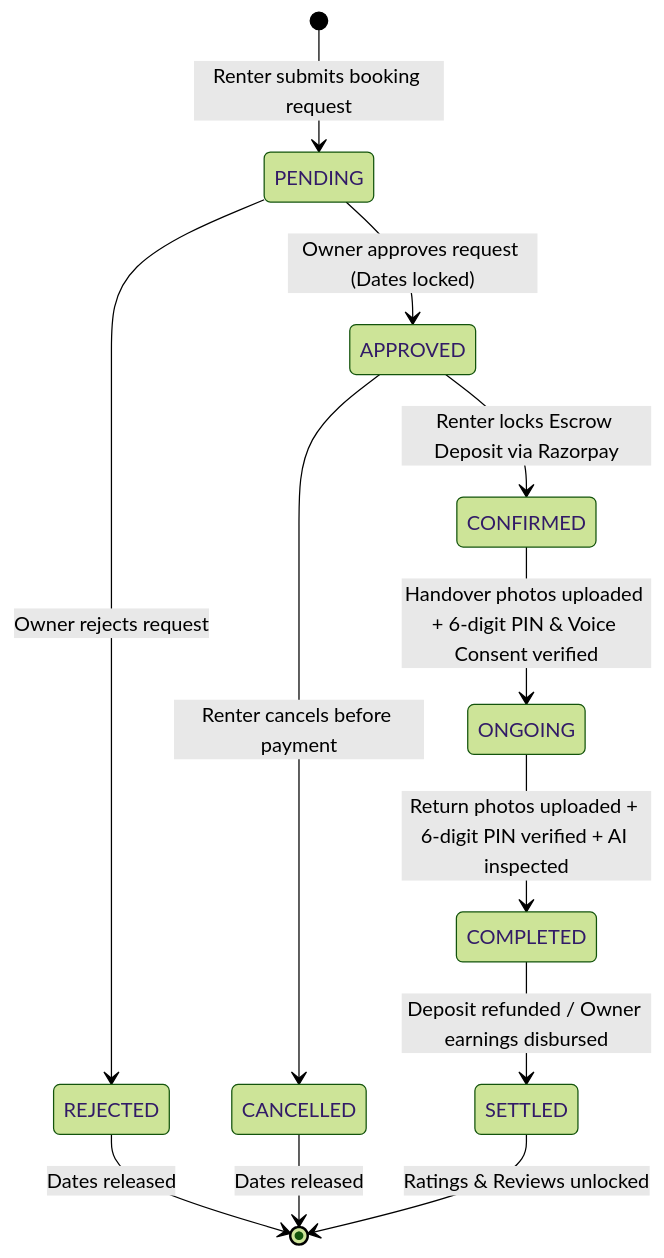
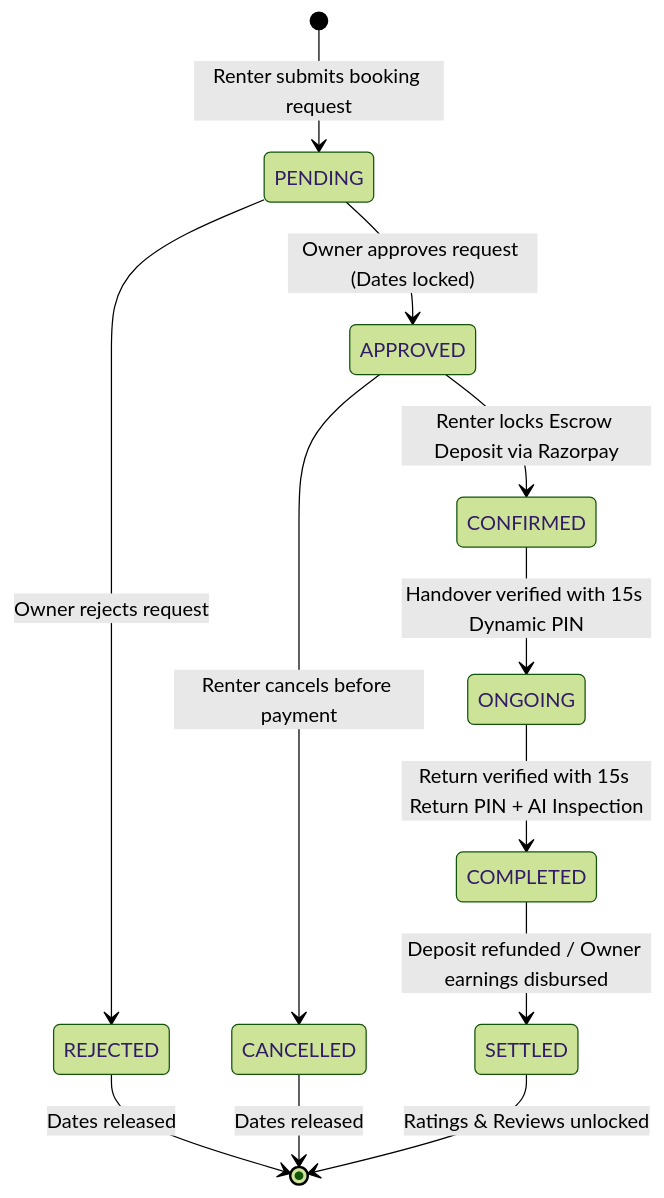
Before and after one commit to priyanshuraj20/Rentora: the sixth of 6 diagrams in ReadMe.md, drawn with Mermaid (forest theme). The commit also changed other lines of this file and 55 other files, not shown here.

````diff
--- a/ReadMe.md
+++ b/ReadMe.md
@@ -289,14 +212,14 @@
 ```mermaid
 stateDiagram-v2
     [*] --> PENDING: Renter submits booking request
     PENDING --> REJECTED: Owner rejects request
     PENDING --> APPROVED: Owner approves request (Dates locked)
     APPROVED --> CANCELLED: Renter cancels before payment
     APPROVED --> CONFIRMED: Renter locks Escrow Deposit via Razorpay
-    CONFIRMED --> ONGOING: Handover photos uploaded + 6-digit PIN & Voice Consent verified
-    ONGOING --> COMPLETED: Return photos uploaded + 6-digit PIN verified + AI inspected
+    CONFIRMED --> ONGOING: Handover verified with 15s Dynamic PIN
+    ONGOING --> COMPLETED: Return verified with 15s Return PIN + AI Inspection
     COMPLETED --> SETTLED: Deposit refunded / Owner earnings disbursed
     SETTLED --> [*]: Ratings & Reviews unlocked
     REJECTED --> [*]: Dates released
     CANCELLED --> [*]: Dates released
 ```
````
